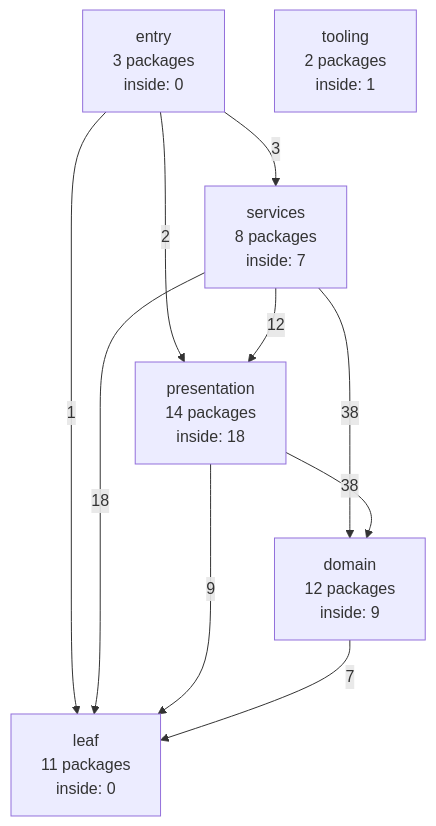
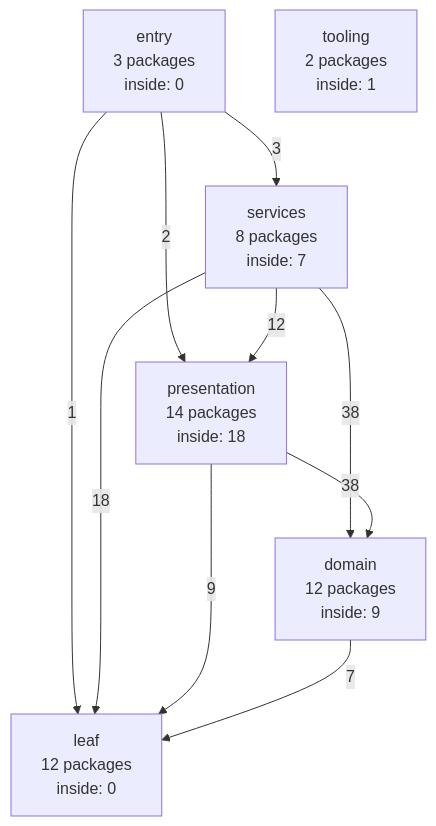
Before and after one commit to ladydascalie/dm: the diagram in docs/internals/generated/package-graph.md, drawn with Mermaid. The commit also changed other lines of this file and 2 other files, not shown here.

````diff
--- a/docs/internals/generated/package-graph.md
+++ b/docs/internals/generated/package-graph.md
@@ -58,18 +58,18 @@
 ```mermaid
 flowchart TD
   entry["entry<br/>3 packages<br/>inside: 0"]
   services["services<br/>8 packages<br/>inside: 7"]
   presentation["presentation<br/>14 packages<br/>inside: 18"]
   domain["domain<br/>12 packages<br/>inside: 9"]
-  leaf["leaf<br/>11 packages<br/>inside: 0"]
+  leaf["leaf<br/>12 packages<br/>inside: 0"]
   tooling["tooling<br/>2 packages<br/>inside: 1"]
   entry -->|3| services
   entry -->|2| presentation
   entry -->|1| leaf
   services -->|12| presentation
   services -->|38| domain
   services -->|18| leaf
   presentation -->|38| domain
   presentation -->|9| leaf
   domain -->|7| leaf
 ```
````
